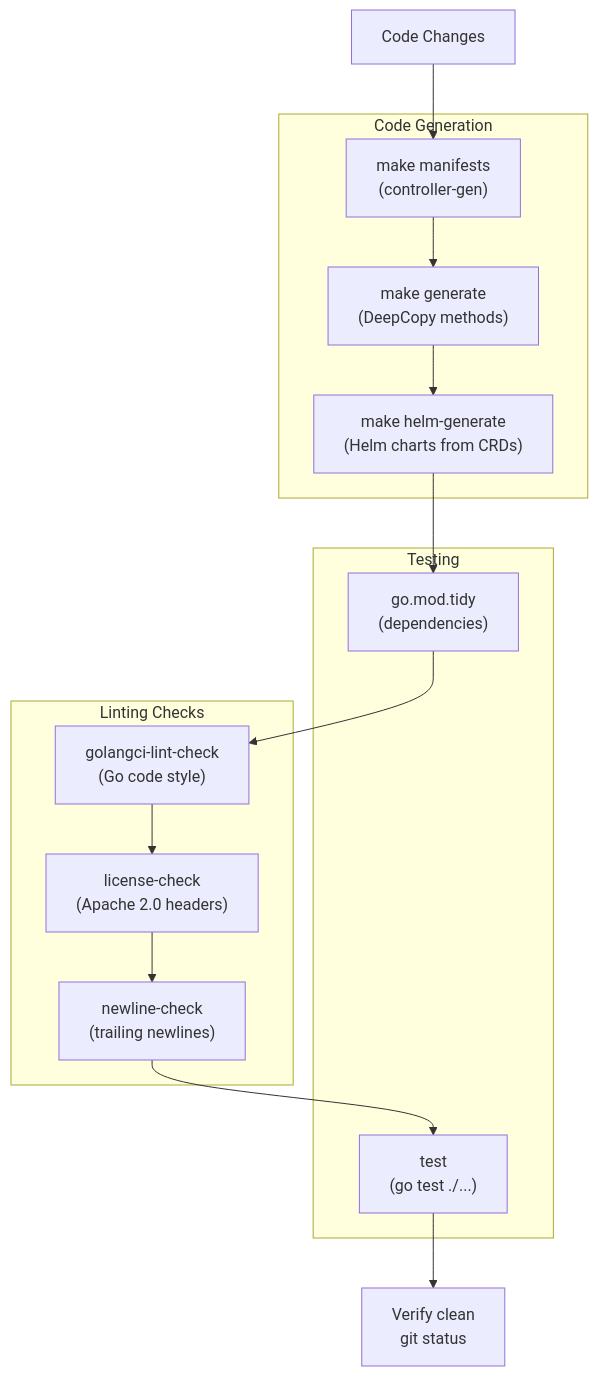
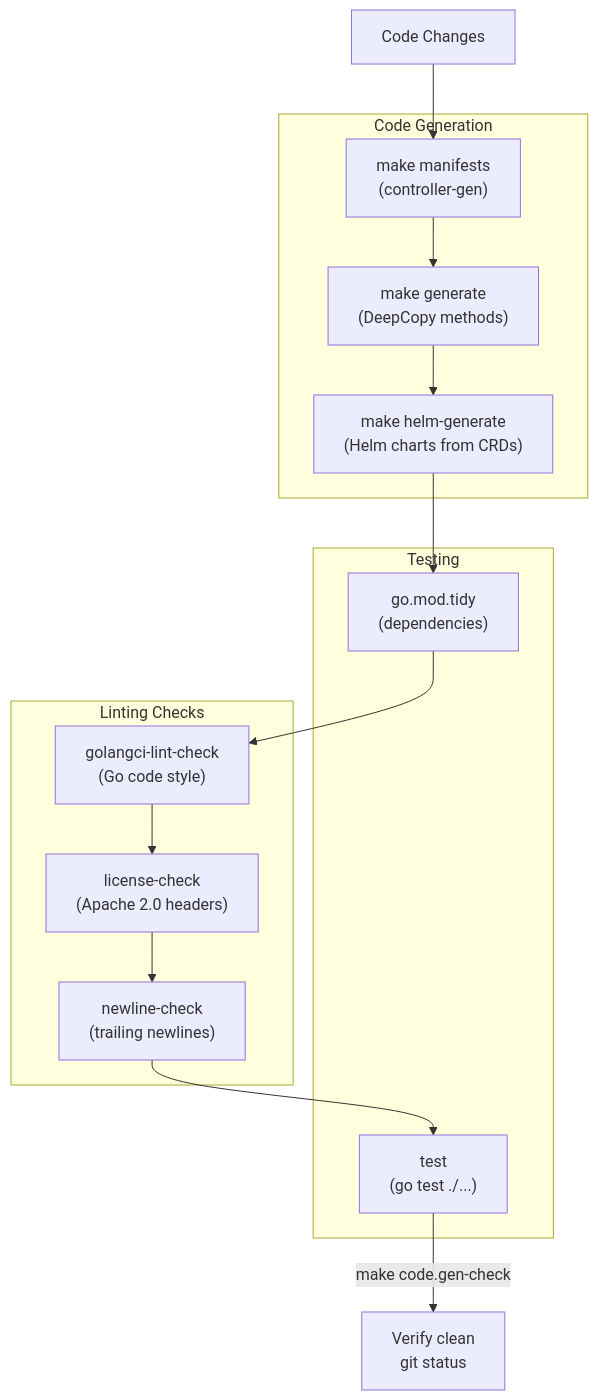
Before and after one commit to openchoreo/openchoreo: the fourth of 7 diagrams in docs/deepwiki/Development-and-Contribution.md, drawn with Mermaid. The commit also changed other lines of this file and 85 other files, not shown here.

Commit message:
feat: Add new workflow and specification templates, update Helm chart dependencies, and clarify documentation diagrams.

````diff
--- a/docs/deepwiki/Development-and-Contribution.md
+++ b/docs/deepwiki/Development-and-Contribution.md
@@ -229,41 +229,41 @@
 ```mermaid
 flowchart TD
 
 Changes["Code Changes"]
 Manifests["make manifests<br>(controller-gen)"]
 Generate["make generate<br>(DeepCopy methods)"]
 HelmGen["make helm-generate<br>(Helm charts from CRDs)"]
 GoLint["golangci-lint-check<br>(Go code style)"]
 License["license-check<br>(Apache 2.0 headers)"]
 Newline["newline-check<br>(trailing newlines)"]
 ModTidy["go.mod.tidy<br>(dependencies)"]
 UnitTest["test<br>(go test ./...)"]
 Verify["Verify clean<br>git status"]
 
 Changes --> Manifests
 HelmGen --> ModTidy
 ModTidy --> GoLint
 Newline --> UnitTest
-UnitTest --> Verify
+UnitTest -->|"make code.gen-check"| Verify
 
 subgraph Testing ["Testing"]
     ModTidy
     UnitTest
 end
 
 subgraph subGraph1 ["Linting Checks"]
     GoLint
     License
     Newline
     GoLint --> License
     License --> Newline
 end
 
 subgraph subGraph0 ["Code Generation"]
     Manifests
     Generate
     HelmGen
     Manifests --> Generate
     Generate --> HelmGen
 end
 ```
````
